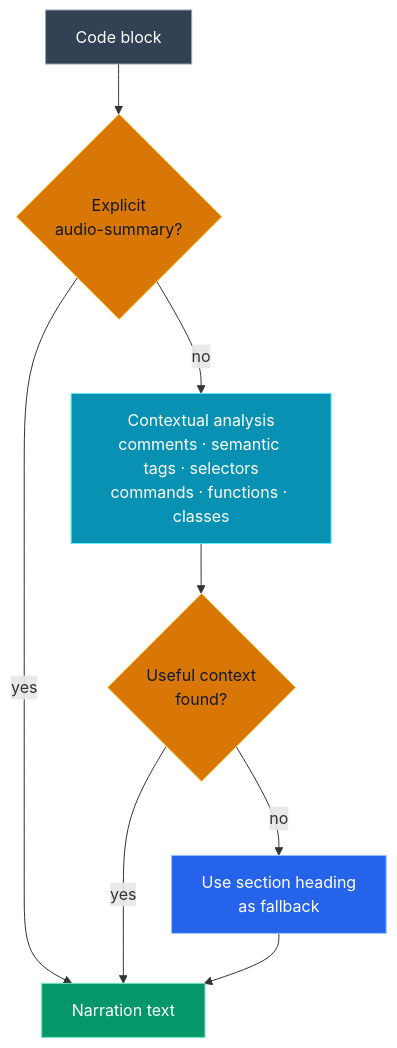
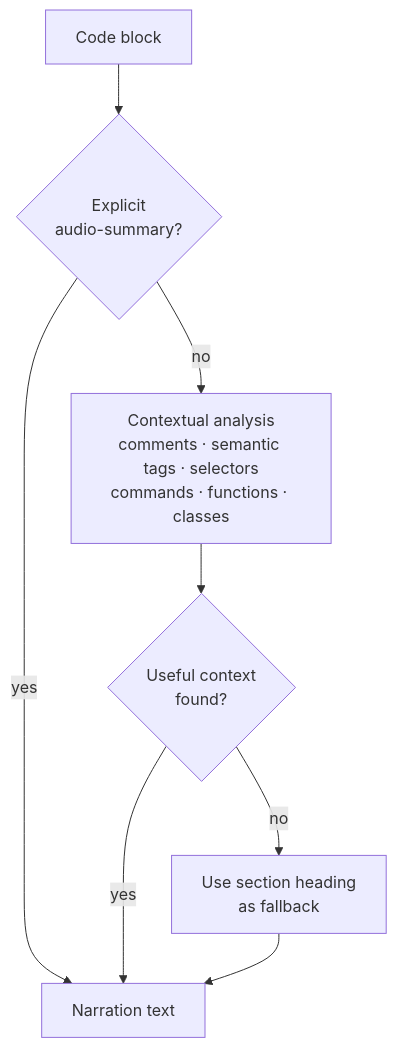
The second of 7 diagrams in src/content/blog/blog-audio-player.md (g-savitha/gsavitha.in), drawn with Mermaid before and after one commit. The commit also changed other lines of this file and 6 other files, not shown here.

First line of the commit message:
Theme every Mermaid diagram from one shared palette

````diff
--- a/src/content/blog/blog-audio-player.md
+++ b/src/content/blog/blog-audio-player.md
@@ -159,16 +152,10 @@
 ```mermaid
 flowchart TD
     CB["Code block"]:::content --> EXPLICIT{"Explicit\naudio-summary?"}:::warning
     EXPLICIT -->|"yes"| OUT["Narration text"]:::success
     EXPLICIT -->|"no"| ANALYZE["Contextual analysis\ncomments · semantic tags · selectors\ncommands · functions · classes"]:::info
     ANALYZE --> FOUND{"Useful context\nfound?"}:::warning
     FOUND -->|"yes"| OUT
     FOUND -->|"no"| FALLBACK["Use section heading\nas fallback"]:::primary
     FALLBACK --> OUT
-
-    classDef primary fill:#2563eb,stroke:#93c5fd,color:#ffffff
-    classDef info fill:#0891b2,stroke:#67e8f9,color:#ffffff
-    classDef success fill:#059669,stroke:#6ee7b7,color:#ffffff
-    classDef warning fill:#d97706,stroke:#fcd34d,color:#111827
-    classDef content fill:#334155,stroke:#94a3b8,color:#ffffff
 ```
````
